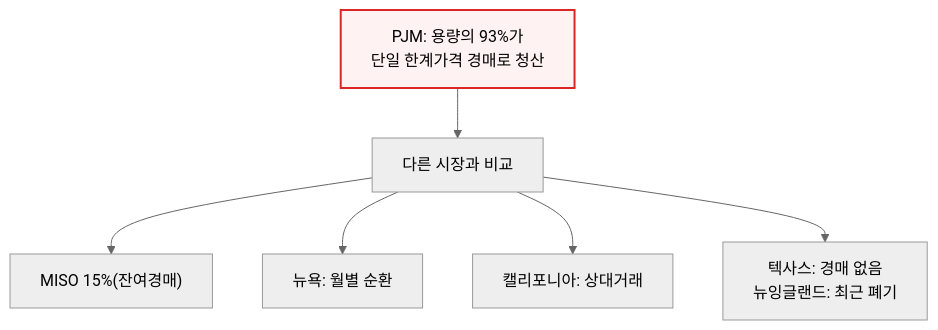
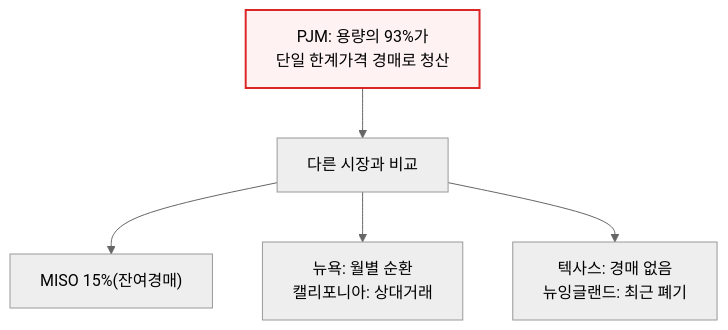
Before and after one commit to yohan4477/semi-report: diagram 17 of 30 in content/newsletter/ai_infra/power/[260816] PJM 모델링 오류로 날린 120억 달러 - 그리고 다시 반복하려 한다.md, drawn with Mermaid (neutral theme). The commit also changed other lines of this file, not shown here.

````diff
--- a/content/newsletter/ai_infra/power/[260816] PJM 모델링 오류로 날린 120억 달러 - 그리고 다시 반복하려 한다.md
+++ b/content/newsletter/ai_infra/power/[260816] PJM 모델링 오류로 날린 120억 달러 - 그리고 다시 반복하려 한다.md
@@ -291,10 +291,9 @@
 ```mermaid
 flowchart TD
     PJMshare["PJM: 용량의 93%가<br/>단일 한계가격 경매로 청산"] --> Others["다른 시장과 비교"]
     Others --> M["MISO 15%(잔여경매)"]
-    Others --> NY["뉴욕: 월별 순환"]
-    Others --> CA["캘리포니아: 상대거래"]
+    Others --> NYCA["뉴욕: 월별 순환<br/>캘리포니아: 상대거래"]
     Others --> TXNE["텍사스: 경매 없음<br/>뉴잉글랜드: 최근 폐기"]
 
     style PJMshare fill:#fef2f2,stroke:#dc2626,stroke-width:2px
 ```
````
